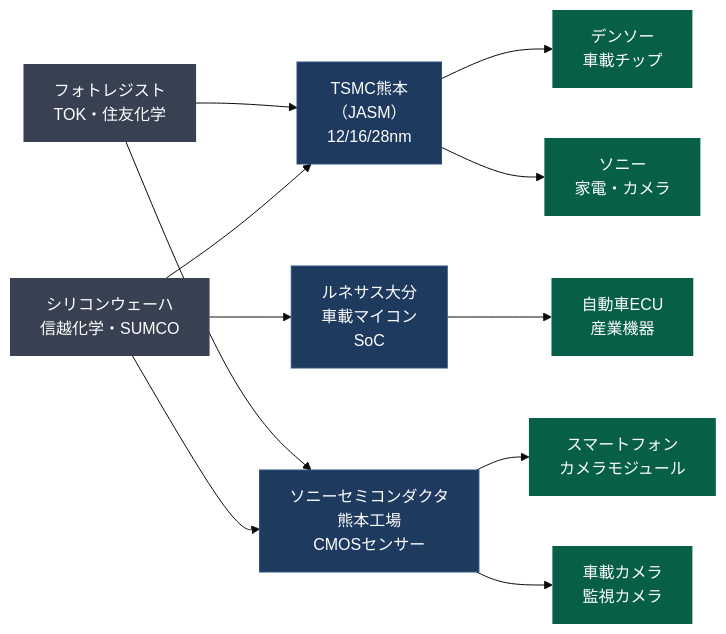
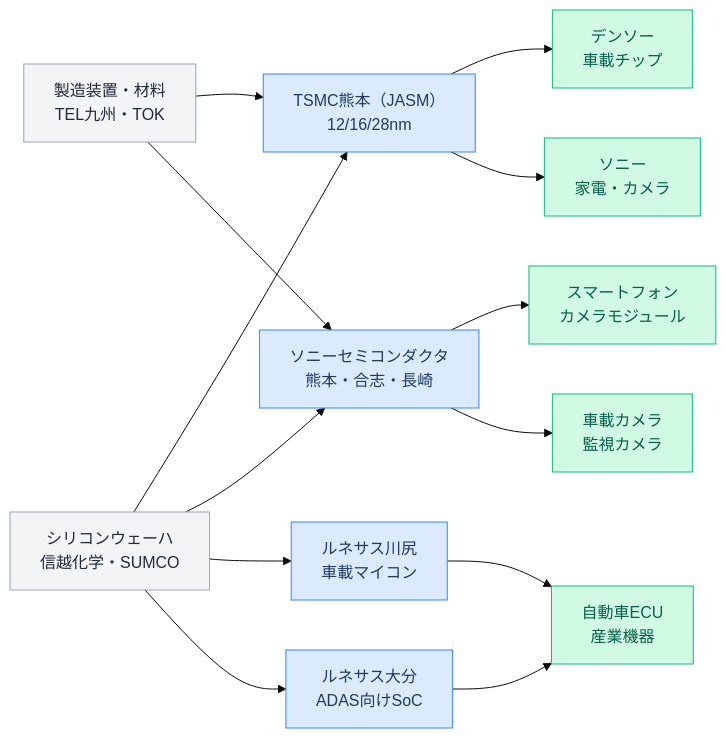
Before and after one commit to nanjakorewa/GeoGuessrTips: the diagram in src/content/industry/japan-semiconductor/kyushu/_index.ja.md, drawn with Mermaid (base theme). The commit also changed other lines of this file and 6 other files, not shown here.

```diff
--- a/src/content/industry/japan-semiconductor/kyushu/_index.ja.md
+++ b/src/content/industry/japan-semiconductor/kyushu/_index.ja.md
@@ -37,23 +37,26 @@
 {{% mermaid %}}
 graph LR
-  A["シリコンウェーハ<br/>信越化学・SUMCO"]-->B["TSMC熊本<br/>（JASM）<br/>12/16/28nm"]
-  A-->C["ソニーセミコンダクタ<br/>熊本工場<br/>CMOSセンサー"]
-  A-->D["ルネサス大分<br/>車載マイコン<br/>SoC"]
+  A["シリコンウェーハ<br/>信越化学・SUMCO"]-->B["TSMC熊本（JASM）<br/>12/16/28nm"]
+  A-->C["ソニーセミコンダクタ<br/>熊本・合志・長崎"]
+  A-->D["ルネサス川尻<br/>車載マイコン"]
+  A-->D2["ルネサス大分<br/>ADAS向けSoC"]
   B-->E["デンソー<br/>車載チップ"]
   B-->F["ソニー<br/>家電・カメラ"]
   C-->G["スマートフォン<br/>カメラモジュール"]
   C-->H["車載カメラ<br/>監視カメラ"]
   D-->I["自動車ECU<br/>産業機器"]
-  J["フォトレジスト<br/>TOK・住友化学"]-->B
+  D2-->I
+  J["製造装置・材料<br/>TEL九州・TOK"]-->B
   J-->C
-  style A fill:#374151,color:#fff,stroke:none
-  style J fill:#374151,color:#fff,stroke:none
-  style B fill:#1e3a5f,color:#fff,stroke:#2d5282
-  style C fill:#1e3a5f,color:#fff,stroke:#2d5282
-  style D fill:#1e3a5f,color:#fff,stroke:#2d5282
-  style E fill:#065f46,color:#fff,stroke:none
-  style F fill:#065f46,color:#fff,stroke:none
-  style G fill:#065f46,color:#fff,stroke:none
-  style H fill:#065f46,color:#fff,stroke:none
-  style I fill:#065f46,color:#fff,stroke:none
+  style A fill:#f3f4f6,color:#1f2937,stroke:#9ca3af
+  style J fill:#f3f4f6,color:#1f2937,stroke:#9ca3af
+  style B fill:#dbeafe,color:#1e3a5f,stroke:#3b82f6
+  style C fill:#dbeafe,color:#1e3a5f,stroke:#3b82f6
+  style D fill:#dbeafe,color:#1e3a5f,stroke:#3b82f6
+  style D2 fill:#dbeafe,color:#1e3a5f,stroke:#3b82f6
+  style E fill:#d1fae5,color:#065f46,stroke:#10b981
+  style F fill:#d1fae5,color:#065f46,stroke:#10b981
+  style G fill:#d1fae5,color:#065f46,stroke:#10b981
+  style H fill:#d1fae5,color:#065f46,stroke:#10b981
+  style I fill:#d1fae5,color:#065f46,stroke:#10b981
 {{% /mermaid %}}
```
